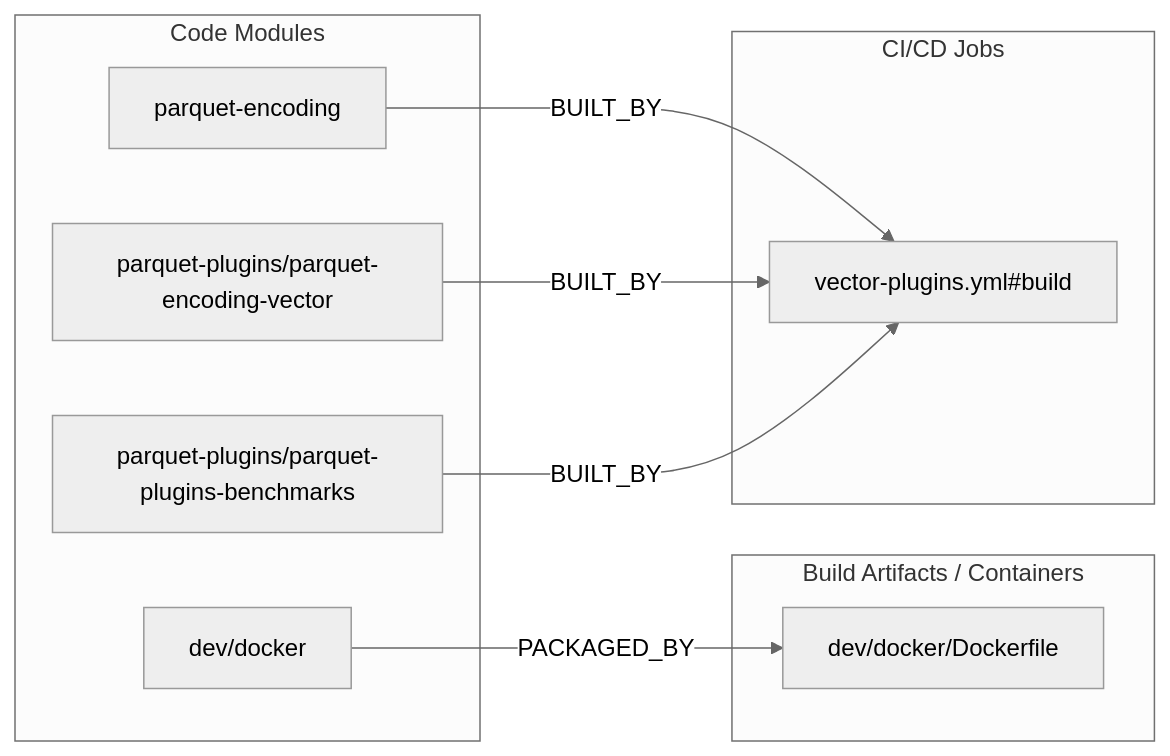
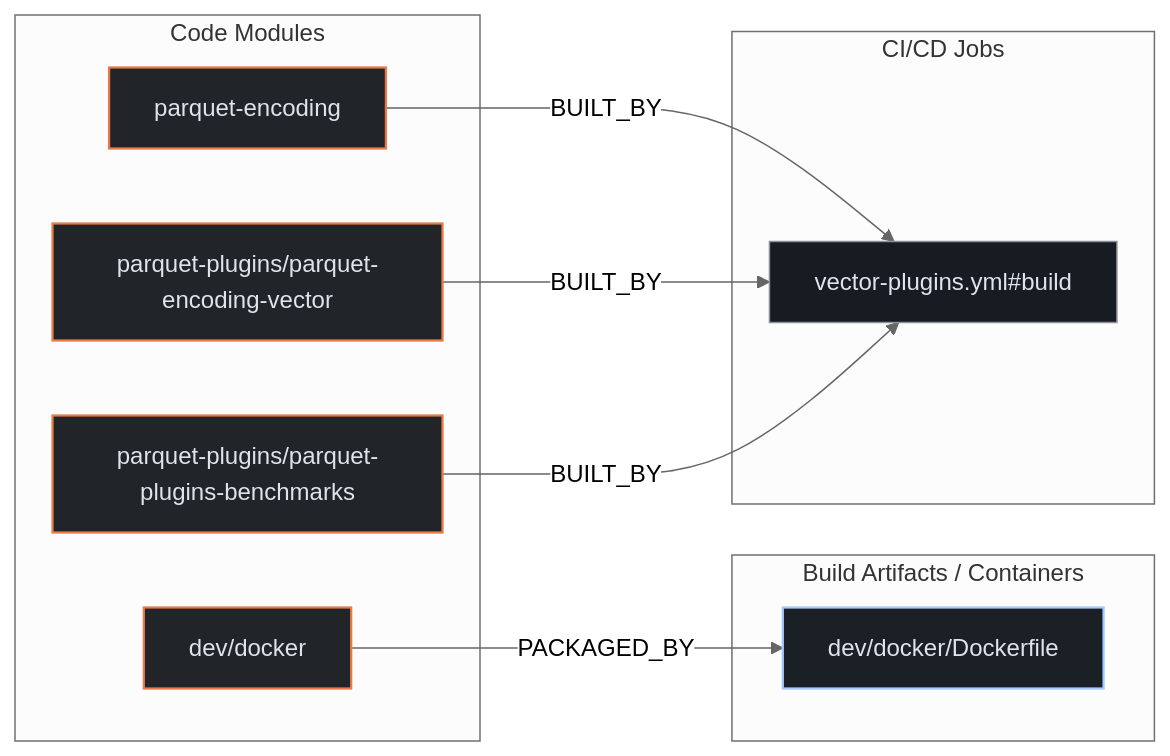
Before and after one commit to kumarshaz/atruss-code-atlas: the second of 3 diagrams in exports/latest/reports/apache-parquet-java-report.md, drawn with Mermaid (neutral theme). The commit also changed other lines of this file and 331 other files, not shown here.

Commit message:
docs,ui,fix: update SDLC docs, reorder CI/CD DAG first, stylize Mermaid, and fix Arc42 pipeline topology

````diff
--- a/exports/latest/reports/apache-parquet-java-report.md
+++ b/exports/latest/reports/apache-parquet-java-report.md
@@ -163,19 +170,23 @@
 ```mermaid
 flowchart LR
+    classDef atlasCategory fill:#212428,stroke:#E87A48,stroke-width:1.5px,color:#dfe3eb
+    classDef atlasWorkflow fill:#1b2026,stroke:#a3c9ff,stroke-width:1.5px,color:#dfe3eb
+    classDef atlasJob fill:#171c22,stroke:#8d9199,stroke-width:1px,color:#dfe3eb
+    classDef atlasTarget fill:#005227,stroke:#8bd99b,stroke-width:1.5px,color:#a7f6b6
     subgraph code_modules["Code Modules"]
-        mod_dev_docker["dev/docker"]
-        mod_parquet_encoding["parquet-encoding"]
-        mod_parquet_plugins_parquet_encoding_vector["parquet-plugins/parquet-encoding-vector"]
-        mod_parquet_plugins_parquet_plugins_benchmarks["parquet-plugins/parquet-plugins-benchmarks"]
+        mod_dev_docker["dev/docker"]:::atlasCategory
+        mod_parquet_encoding["parquet-encoding"]:::atlasCategory
+        mod_parquet_plugins_parquet_encoding_vector["parquet-plugins/parquet-encoding-vector"]:::atlasCategory
+        mod_parquet_plugins_parquet_plugins_benchmarks["parquet-plugins/parquet-plugins-benchmarks"]:::atlasCategory
     end
     subgraph build_artifacts["Build Artifacts / Containers"]
-        art_dev_docker_Dockerfile["dev/docker/Dockerfile"]
+        art_dev_docker_Dockerfile["dev/docker/Dockerfile"]:::atlasWorkflow
     end
     subgraph ci_jobs["CI/CD Jobs"]
-        job_vector_plugins_yml_build["vector-plugins.yml#build"]
+        job_vector_plugins_yml_build["vector-plugins.yml#build"]:::atlasJob
     end
     mod_dev_docker -->|PACKAGED_BY| art_dev_docker_Dockerfile
     mod_parquet_encoding -->|BUILT_BY| job_vector_plugins_yml_build
     mod_parquet_plugins_parquet_encoding_vector -->|BUILT_BY| job_vector_plugins_yml_build
     mod_parquet_plugins_parquet_plugins_benchmarks -->|BUILT_BY| job_vector_plugins_yml_build
 ```
````
